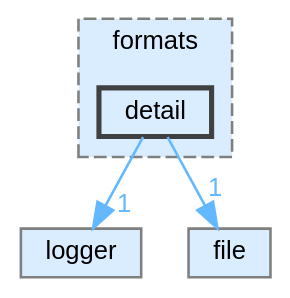
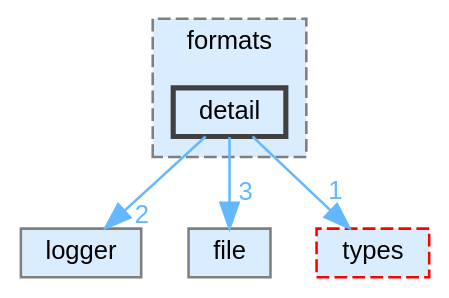
Before and after one commit to nerdneilsfield/cpp-toolbox: the diagram in dir_715b7c3501a082002d2982bd6d109cb8_dep.dot, drawn with Graphviz. The commit also changed 145 other files, not shown here.

```diff
--- a/dir_715b7c3501a082002d2982bd6d109cb8_dep.dot
+++ b/dir_715b7c3501a082002d2982bd6d109cb8_dep.dot
@@ -1,16 +1,18 @@
 digraph "src/include/cpp-toolbox/io/formats/detail"
 {
  // LATEX_PDF_SIZE
   bgcolor="transparent";
   edge [fontname=Helvetica,fontsize=10,labelfontname=Helvetica,labelfontsize=10];
   node [fontname=Helvetica,fontsize=10,shape=box,height=0.2,width=0.4];
   compound=true
   subgraph clusterdir_1d45bcc800627d18cbc66f5a2df2fc7a {
     graph [ bgcolor="#daedff", pencolor="grey50", label="formats", fontname=Helvetica,fontsize=10 style="filled,dashed", URL="dir_1d45bcc800627d18cbc66f5a2df2fc7a.html",tooltip=""]
   dir_715b7c3501a082002d2982bd6d109cb8 [label="detail", fillcolor="#daedff", color="grey25", style="filled,bold", URL="dir_715b7c3501a082002d2982bd6d109cb8.html",tooltip=""];
   }
   dir_40d9b6a4c321e73b85093107dc465522 [label="logger", fillcolor="#daedff", color="grey50", style="filled", URL="dir_40d9b6a4c321e73b85093107dc465522.html",tooltip=""];
   dir_b5aa90370c16f0962bf4137c01c04103 [label="file", fillcolor="#daedff", color="grey50", style="filled", URL="dir_b5aa90370c16f0962bf4137c01c04103.html",tooltip=""];
-  dir_715b7c3501a082002d2982bd6d109cb8->dir_40d9b6a4c321e73b85093107dc465522 [headlabel="1", labeldistance=1.5 headhref="dir_000005_000015.html" href="dir_000005_000015.html" color="steelblue1" fontcolor="steelblue1"];
-  dir_715b7c3501a082002d2982bd6d109cb8->dir_b5aa90370c16f0962bf4137c01c04103 [headlabel="1", labeldistance=1.5 headhref="dir_000005_000007.html" href="dir_000005_000007.html" color="steelblue1" fontcolor="steelblue1"];
+  dir_d073c017754f5bdb7e8e1de8ad13b99a [label="types", fillcolor="#daedff", color="red", style="filled,dashed", URL="dir_d073c017754f5bdb7e8e1de8ad13b99a.html",tooltip=""];
+  dir_715b7c3501a082002d2982bd6d109cb8->dir_40d9b6a4c321e73b85093107dc465522 [headlabel="2", labeldistance=1.5 headhref="dir_000005_000015.html" href="dir_000005_000015.html" color="steelblue1" fontcolor="steelblue1"];
+  dir_715b7c3501a082002d2982bd6d109cb8->dir_b5aa90370c16f0962bf4137c01c04103 [headlabel="3", labeldistance=1.5 headhref="dir_000005_000007.html" href="dir_000005_000007.html" color="steelblue1" fontcolor="steelblue1"];
+  dir_715b7c3501a082002d2982bd6d109cb8->dir_d073c017754f5bdb7e8e1de8ad13b99a [headlabel="1", labeldistance=1.5 headhref="dir_000005_000021.html" href="dir_000005_000021.html" color="steelblue1" fontcolor="steelblue1"];
 }
```
